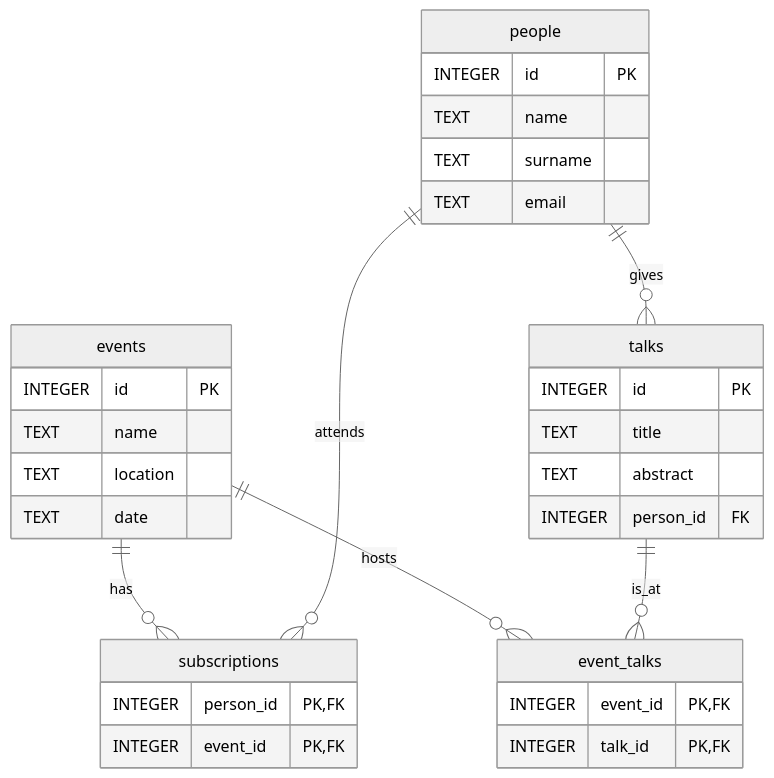
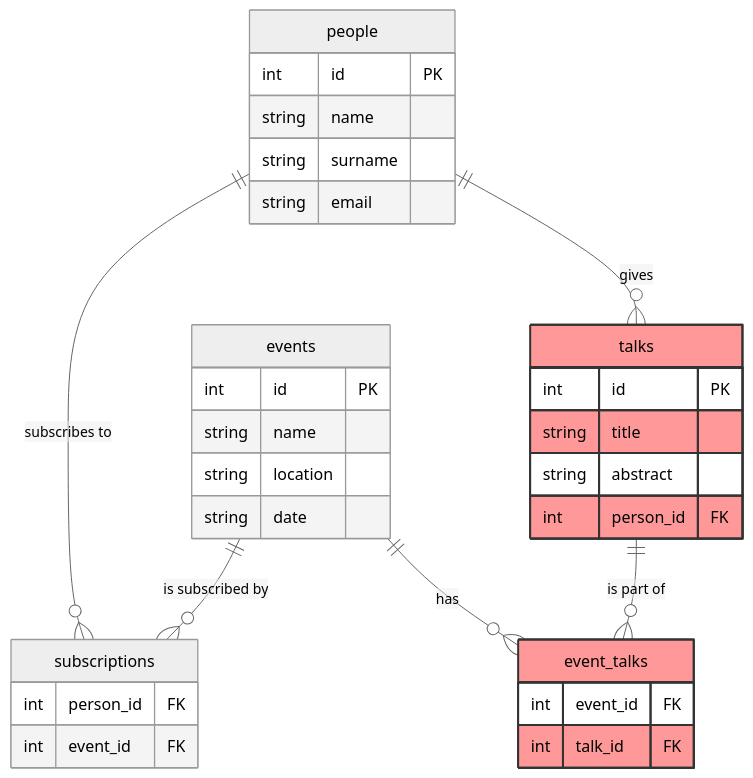
The diagram in demos/sqlite-investigation/output/DEMO2_backup.md (palladius/gemini-cli-demos), drawn with Mermaid (neutral theme) before and after one commit. The commit also changed other lines of this file and 2 other files, not shown here.

````diff
--- a/demos/sqlite-investigation/output/DEMO2_backup.md
+++ b/demos/sqlite-investigation/output/DEMO2_backup.md
@@ -84,35 +35,39 @@
 ```mermaid
 erDiagram
-    events ||--o{ subscriptions : "has"
-    people ||--o{ subscriptions : "attends"
-    people ||--o{ talks : "gives"
-    events ||--o{ event_talks : "hosts"
-    talks ||--o{ event_talks : "is_at"
-
+    people {
+        int id PK
+        string name
+        string surname
+        string email
+    }
     events {
-        INTEGER id PK
-        TEXT name
-        TEXT location
-        TEXT date
-    }
-    people {
-        INTEGER id PK
-        TEXT name
-        TEXT surname
-        TEXT email
+        int id PK
+        string name
+        string location
+        string date
     }
     subscriptions {
-        INTEGER person_id PK,FK
-        INTEGER event_id PK,FK
+        int person_id FK
+        int event_id FK
     }
     talks {
-        INTEGER id PK
-        TEXT title
-        TEXT abstract
-        INTEGER person_id FK
+        int id PK
+        string title
+        string abstract
+        int person_id FK
     }
     event_talks {
-        INTEGER event_id PK,FK
-        INTEGER talk_id PK,FK
+        int event_id FK
+        int talk_id FK
     }
+
+    people ||--o{ subscriptions : "subscribes to"
+    events ||--o{ subscriptions : "is subscribed by"
+    people ||--o{ talks : "gives"
+    events ||--o{ event_talks : "has"
+    talks ||--o{ event_talks : "is part of"
+
+    classDef new_table fill:#f99,stroke:#333,stroke-width:2px;
+    class talks,event_talks new_table
+
 ```
````
